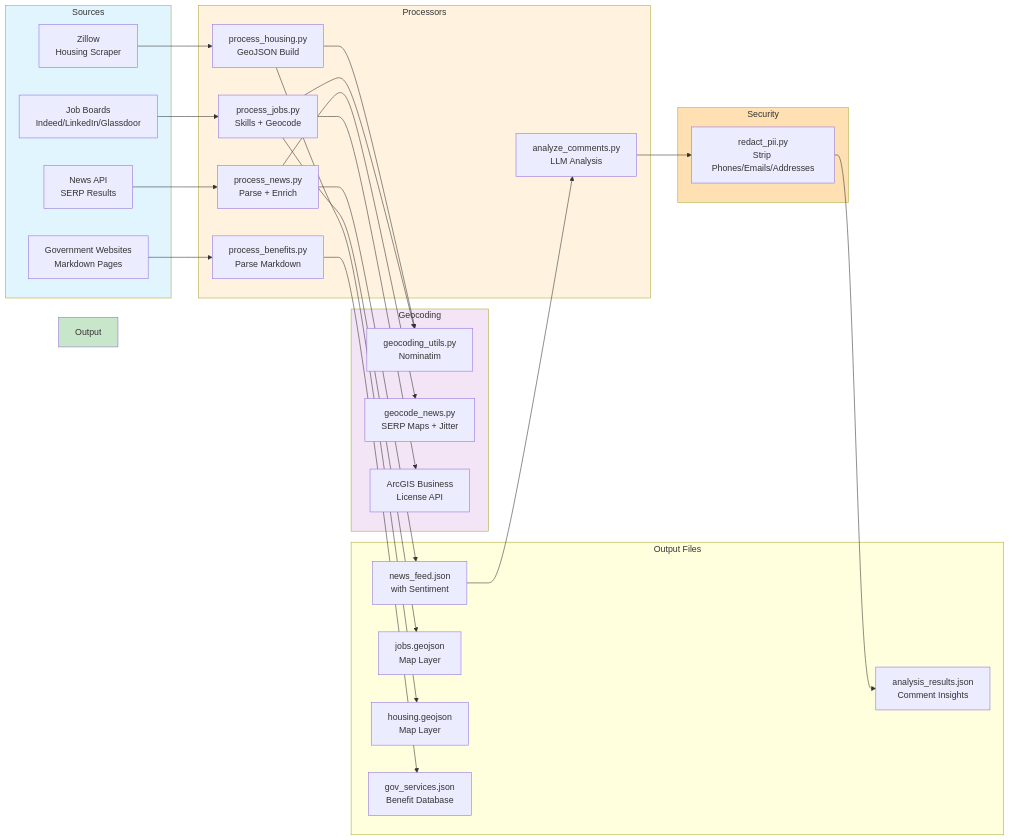
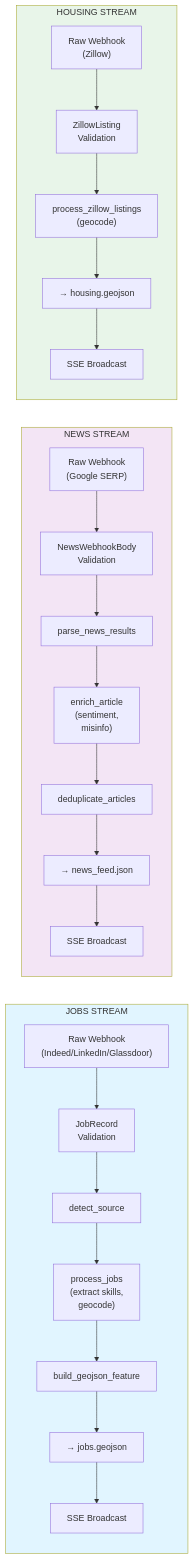
Before and after one commit to h19overflow/pegasus: the first of 3 diagrams in backend/processors/README.md, drawn with Mermaid. The commit also changed other lines of this file and 8 other files, not shown here.

````diff
--- a/backend/processors/README.md
+++ b/backend/processors/README.md
@@ -9,60 +19,37 @@
 ```mermaid
 graph LR
-    subgraph Sources
-        NewsAPI["News API<br/>SERP Results"]
-        JobBoard["Job Boards<br/>Indeed/LinkedIn/Glassdoor"]
-        ZillowAPI["Zillow<br/>Housing Scraper"]
-        GovWebsites["Government Websites<br/>Markdown Pages"]
+    subgraph Jobs["JOBS STREAM"]
+        JR["Raw Webhook<br/>(Indeed/LinkedIn/Glassdoor)"]
+        JV["JobRecord<br/>Validation"]
+        DS["detect_source<br/>"]
+        PJ["process_jobs<br/>(extract skills,<br/>geocode)"]
+        BG["build_geojson_feature"]
+        SJ["→ jobs.geojson"]
+        SSE_J["SSE Broadcast"]
+        JR --> JV --> DS --> PJ --> BG --> SJ --> SSE_J
     end
 
-    subgraph Processors
-        NewsProc["process_news.py<br/>Parse + Enrich"]
-        JobProc["process_jobs.py<br/>Skills + Geocode"]
-        HousingProc["process_housing.py<br/>GeoJSON Build"]
-        BenefitsProc["process_benefits.py<br/>Parse Markdown"]
-        CommentsProc["analyze_comments.py<br/>LLM Analysis"]
+    subgraph News["NEWS STREAM"]
+        NR["Raw Webhook<br/>(Google SERP)"]
+        NV["NewsWebhookBody<br/>Validation"]
+        PN["parse_news_results"]
+        EA["enrich_article<br/>(sentiment,<br/>misinfo)"]
+        DE["deduplicate_articles"]
+        SN["→ news_feed.json"]
+        SSE_N["SSE Broadcast"]
+        NR --> NV --> PN --> EA --> DE --> SN --> SSE_N
     end
 
-    subgraph Geocoding
-        GeocodingUtils["geocoding_utils.py<br/>Nominatim"]
-        GeocodeNews["geocode_news.py<br/>SERP Maps + Jitter"]
-        ArcGIS["ArcGIS Business<br/>License API"]
+    subgraph Housing["HOUSING STREAM"]
+        HR["Raw Webhook<br/>(Zillow)"]
+        HV["ZillowListing<br/>Validation"]
+        PH["process_zillow_listings<br/>(geocode)"]
+        SH["→ housing.geojson"]
+        SSE_H["SSE Broadcast"]
+        HR --> HV --> PH --> SH --> SSE_H
     end
 
-    subgraph Security
-        PII["redact_pii.py<br/>Strip Phones/Emails/Addresses"]
-    end
-
-    subgraph Output Files
-        NewsFeed["news_feed.json<br/>with Sentiment"]
-        JobsGeo["jobs.geojson<br/>Map Layer"]
-        HousingGeo["housing.geojson<br/>Map Layer"]
-        BenefitsJSON["gov_services.json<br/>Benefit Database"]
-        AnalysisJSON["analysis_results.json<br/>Comment Insights"]
-    end
-
-    NewsAPI --> NewsProc
-    JobBoard --> JobProc
-    ZillowAPI --> HousingProc
-    GovWebsites --> BenefitsProc
-
-    NewsProc --> GeocodeNews
-    JobProc --> ArcGIS
-    JobProc --> GeocodingUtils
-    HousingProc --> GeocodingUtils
-
-    NewsProc --> NewsFeed
-    JobProc --> JobsGeo
-    HousingProc --> HousingGeo
-    BenefitsProc --> BenefitsJSON
-
-    NewsFeed --> CommentsProc
-    CommentsProc --> PII
-    PII --> AnalysisJSON
-
-    style Sources fill:#e1f5ff
-    style Processors fill:#fff3e0
-    style Geocoding fill:#f3e5f5
-    style Security fill:#ffe0b2
-    style Output fill:#c8e6c9
+    style Jobs fill:#e1f5ff
+    style News fill:#f3e5f5
+    style Housing fill:#e8f5e9
 ```
````
